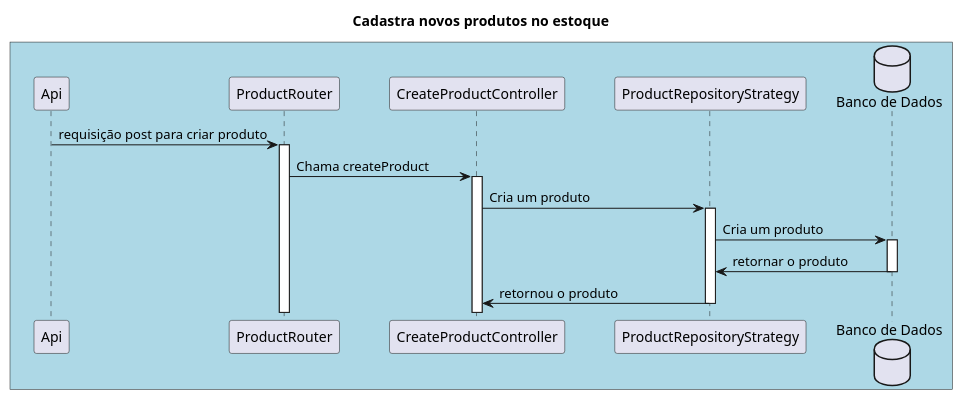
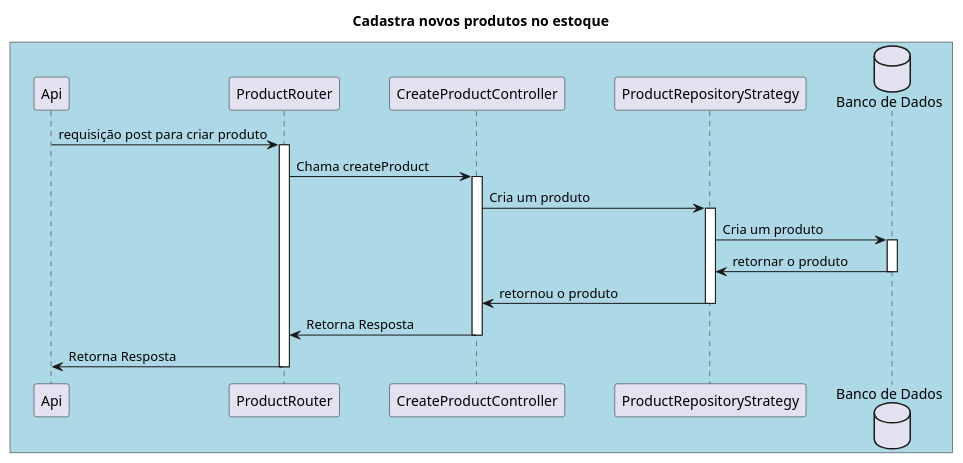
Before and after one commit to vaniacourses/projeto-software-robson-caetano: the diagram in docs/sequencia/cadastra-produtos.puml, drawn with PlantUML.

Commit message:
improvement 'cadastra-produtos' sequence diagram

```diff
--- a/docs/sequencia/cadastra-produtos.puml
+++ b/docs/sequencia/cadastra-produtos.puml
@@ -1,28 +1,32 @@
 @startuml
 skinparam participantPadding 20
 skinparam boxPadding 10
 
 title "Cadastra novos produtos no estoque" 
 
 box #LightBlue
 
 participant "Api" as A
 participant "ProductRouter" as R
 participant "CreateProductController" as C
 participant "ProductRepositoryStrategy" as PRP
 database "Banco de Dados" as DB
 
 A -> R: requisição post para criar produto
 activate R
 R -> C: Chama createProduct
 activate C
 C -> PRP: Cria um produto
 activate PRP
 PRP -> DB: Cria um produto
 activate DB
 DB -> PRP: retornar o produto
 deactivate DB
 PRP -> C: retornou o produto
 deactivate PRP
+C -> R: Retorna Resposta
+deactivate C
+R -> A: Retorna Resposta
+deactivate R
 
 @enduml
```
